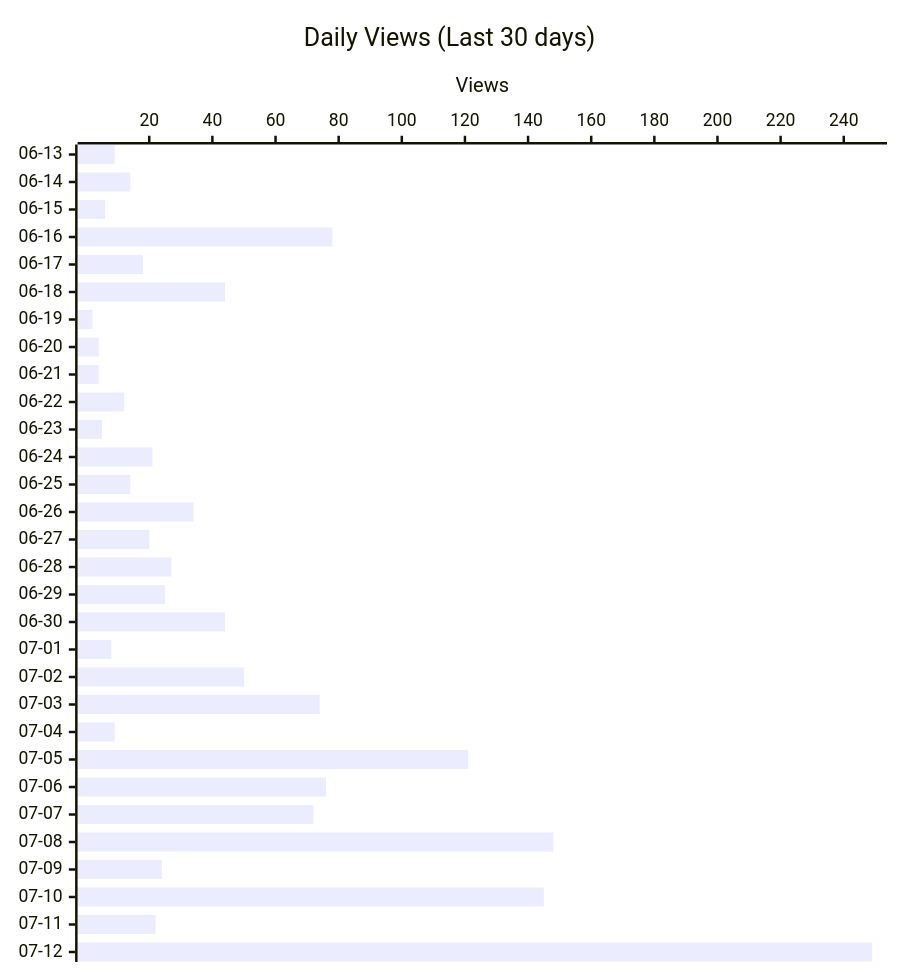
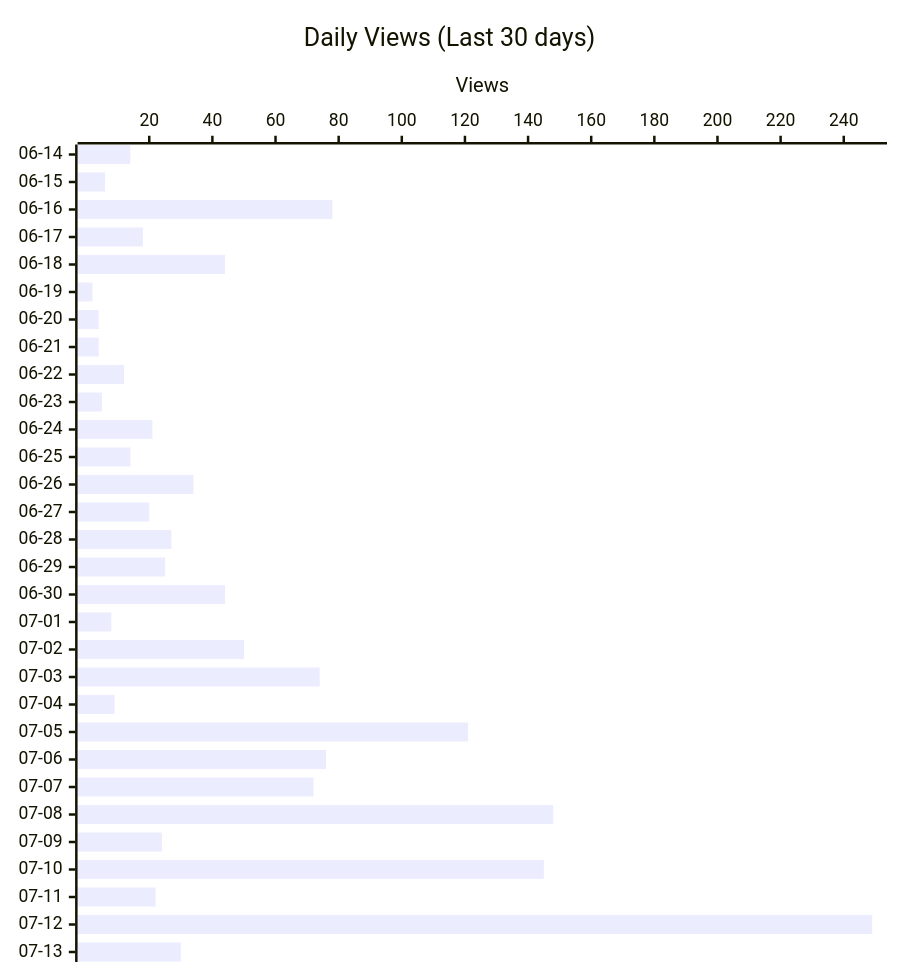
Before and after one commit to shigechika/github-insights: the second of 4 diagrams in README.md, drawn with Mermaid. The commit also changed other lines of this file and 2 other files, not shown here.

````diff
--- a/README.md
+++ b/README.md
@@ -28,12 +28,12 @@
 ```mermaid
 ---
 config:
   xyChart:
     height: 760
 ---
 xychart-beta horizontal
     title "Daily Views (Last 30 days)"
-    x-axis ["06-13", "06-14", "06-15", "06-16", "06-17", "06-18", "06-19", "06-20", "06-21", "06-22", "06-23", "06-24", "06-25", "06-26", "06-27", "06-28", "06-29", "06-30", "07-01", "07-02", "07-03", "07-04", "07-05", "07-06", "07-07", "07-08", "07-09", "07-10", "07-11", "07-12"]
+    x-axis ["06-14", "06-15", "06-16", "06-17", "06-18", "06-19", "06-20", "06-21", "06-22", "06-23", "06-24", "06-25", "06-26", "06-27", "06-28", "06-29", "06-30", "07-01", "07-02", "07-03", "07-04", "07-05", "07-06", "07-07", "07-08", "07-09", "07-10", "07-11", "07-12", "07-13"]
     y-axis "Views"
-    bar [9, 14, 6, 78, 18, 44, 2, 4, 4, 12, 5, 21, 14, 34, 20, 27, 25, 44, 8, 50, 74, 9, 121, 76, 72, 148, 24, 145, 22, 249]
+    bar [14, 6, 78, 18, 44, 2, 4, 4, 12, 5, 21, 14, 34, 20, 27, 25, 44, 8, 50, 74, 9, 121, 76, 72, 148, 24, 145, 22, 249, 30]
 ```
````
